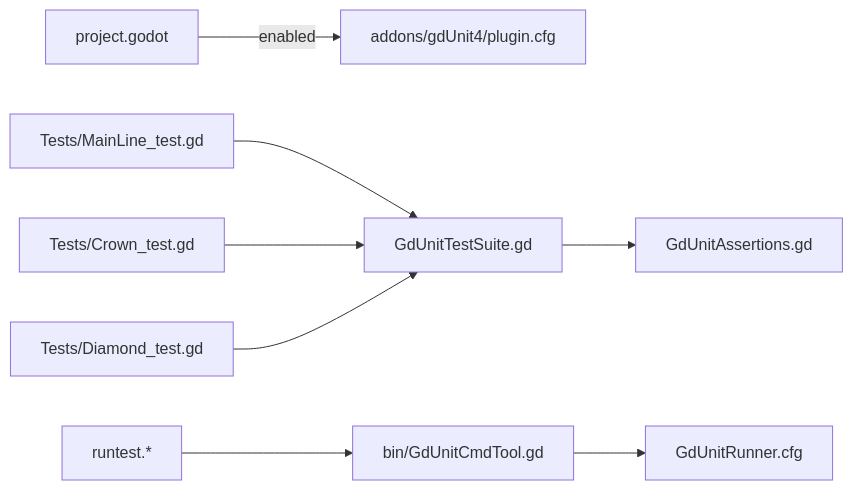
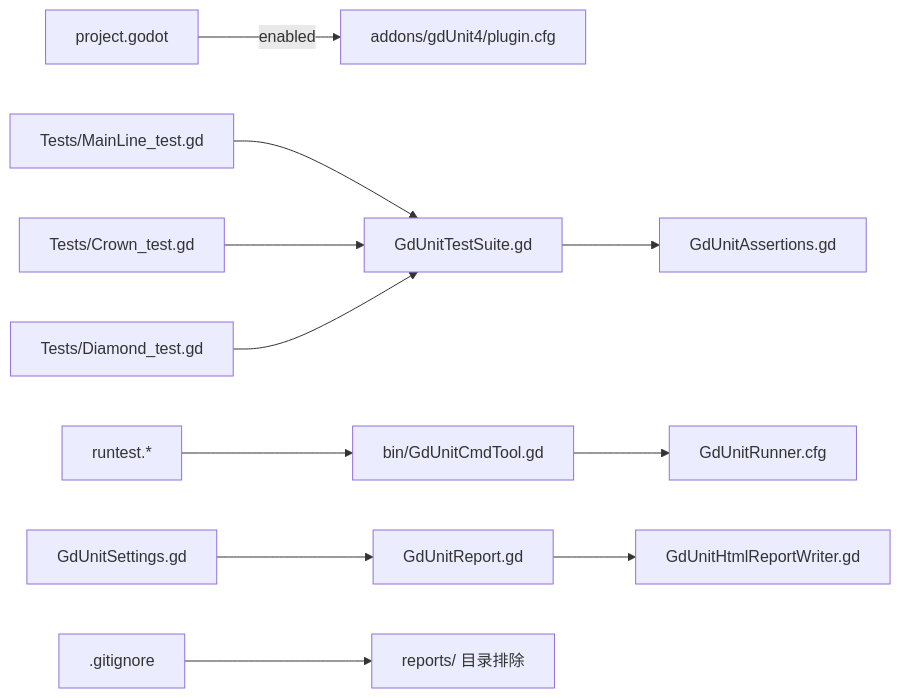
Before and after one commit to godotline/godot-line: the fifth of 5 diagrams in .qoder/repowiki/zh/content/测试框架.md, drawn with Mermaid. The commit also changed other lines of this file and 18 other files, not shown here.

````diff
--- a/.qoder/repowiki/zh/content/测试框架.md
+++ b/.qoder/repowiki/zh/content/测试框架.md
@@ -232,10 +306,13 @@
 ```mermaid
 graph LR
 Proj["project.godot"] -- "enabled" --> GD4["addons/gdUnit4/plugin.cfg"]
 TS1["Tests/MainLine_test.gd"] --> Suite["GdUnitTestSuite.gd"]
 TS2["Tests/Crown_test.gd"] --> Suite
 TS3["Tests/Diamond_test.gd"] --> Suite
 Suite --> Asserts["GdUnitAssertions.gd"]
 Run["runtest.*"] --> Cmd["bin/GdUnitCmdTool.gd"]
 Cmd --> RunnerCfg["GdUnitRunner.cfg"]
+GS["GdUnitSettings.gd"] --> Report["GdUnitReport.gd"]
+Report --> HtmlWriter["GdUnitHtmlReportWriter.gd"]
+GI[".gitignore"] --> Reports["reports/ 目录排除"]
 ```
````
